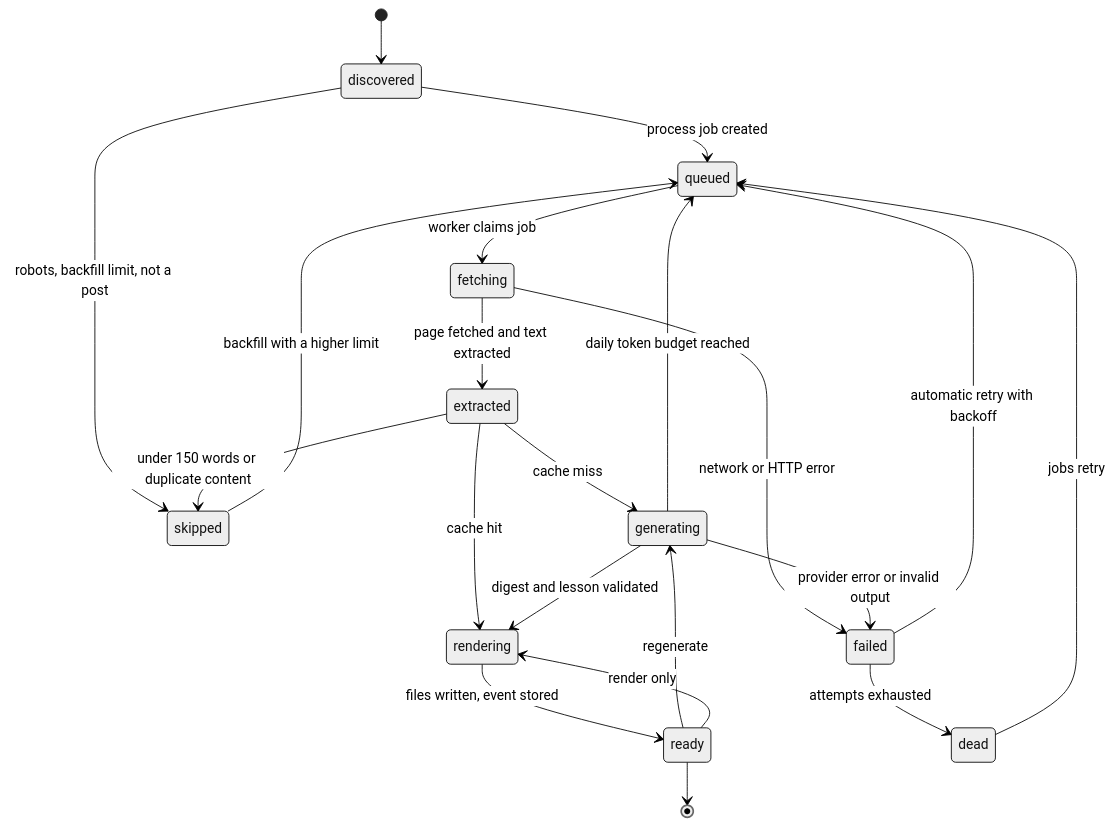
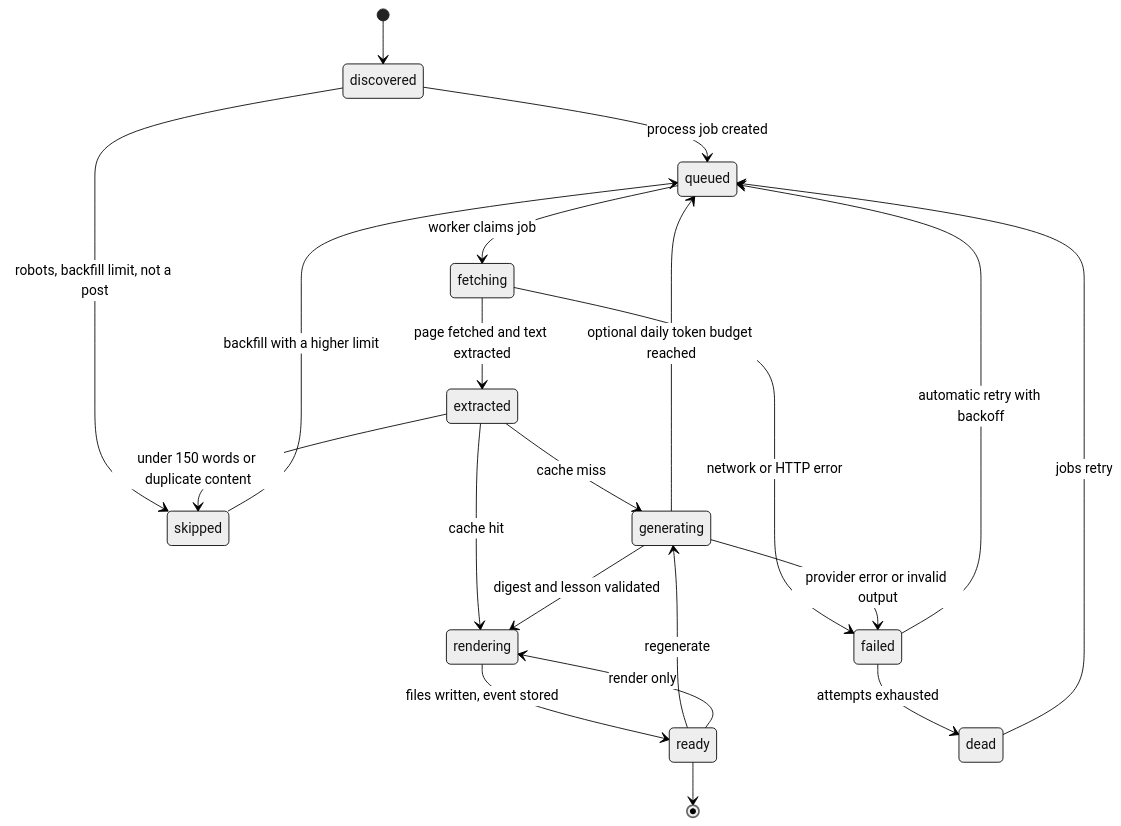
One commit to ChaoticQubit/hackerblog changed the sixth of 8 diagrams in docs/architecture.md. Above: the diagram before and after it, drawn with Mermaid (neutral theme). The commit also changed other lines of this file and 4 other files, not shown here.

````diff
--- a/docs/architecture.md
+++ b/docs/architecture.md
@@ -592,23 +590,23 @@
 ```mermaid
 stateDiagram-v2
     [*] --> discovered
     discovered --> queued : process job created
     discovered --> skipped : robots, backfill limit, not a post
     skipped --> queued : backfill with a higher limit
     queued --> fetching : worker claims job
     fetching --> extracted : page fetched and text extracted
     fetching --> failed : network or HTTP error
     extracted --> skipped : under 150 words or duplicate content
     extracted --> generating : cache miss
     extracted --> rendering : cache hit
     generating --> rendering : digest and lesson validated
     generating --> failed : provider error or invalid output
-    generating --> queued : daily token budget reached
+    generating --> queued : optional daily token budget reached
     rendering --> ready : files written, event stored
     failed --> queued : automatic retry with backoff
     failed --> dead : attempts exhausted
     dead --> queued : jobs retry
     ready --> generating : regenerate
     ready --> rendering : render only
     ready --> [*]
 ```
````
